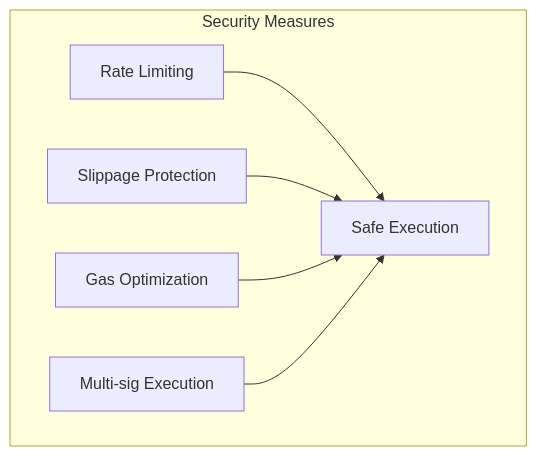
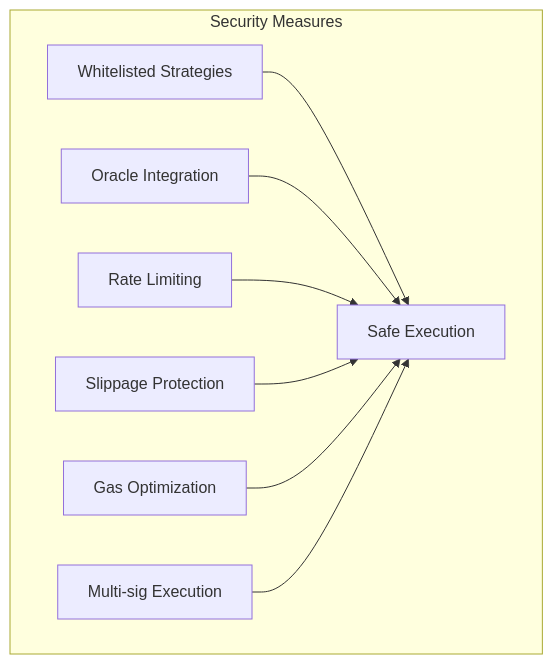
One commit to shogunprotocol/shogun-ai-core changed the sixth of 6 diagrams in docs/SHOGUN_CORE_AI_ARCHITECTURE.md. Above: the diagram before and after it, drawn with Mermaid. The commit also changed other lines of this file and 21 other files, not shown here.

````diff
--- a/docs/SHOGUN_CORE_AI_ARCHITECTURE.md
+++ b/docs/SHOGUN_CORE_AI_ARCHITECTURE.md
@@ -145,14 +175,18 @@
 ```mermaid
 graph TD
     subgraph Security["Security Measures"]
+        WHITELIST[Whitelisted Strategies]
+        ORACLE[Oracle Integration]
         RATE[Rate Limiting]
         SLIP[Slippage Protection]
         GAS[Gas Optimization]
         MULTI[Multi-sig Execution]
         
-        RATE --> Safe[Safe Execution]
+        WHITELIST --> Safe[Safe Execution]
+        ORACLE --> Safe
+        RATE --> Safe
         SLIP --> Safe
         GAS --> Safe
         MULTI --> Safe
     end
 ``` 
````
